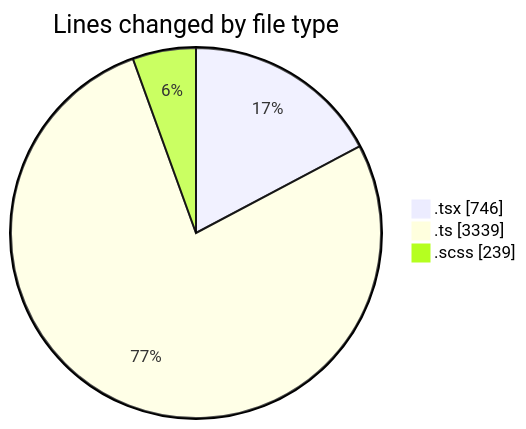
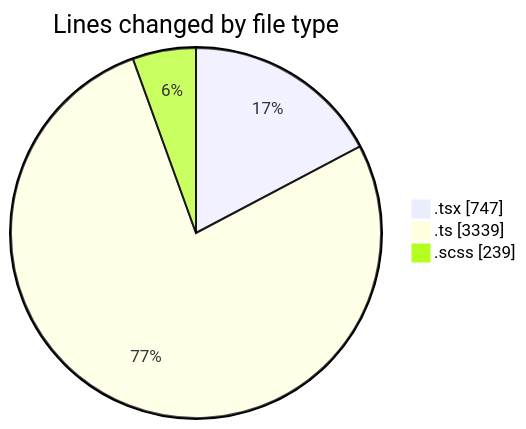
Before and after one commit to momahboobian/code-tracking: the first of 2 diagrams in 2025-09-17/cda/README.md, drawn with Mermaid. The commit also changed other lines of this file and 1 other file, not shown here.

````diff
--- a/2025-09-17/cda/README.md
+++ b/2025-09-17/cda/README.md
@@ -25,7 +25,7 @@
 ```mermaid
 pie showData
 title Lines changed by file type
-".tsx" : 746
+".tsx" : 747
 ".ts" : 3339
 ".scss" : 239
 ```
````
